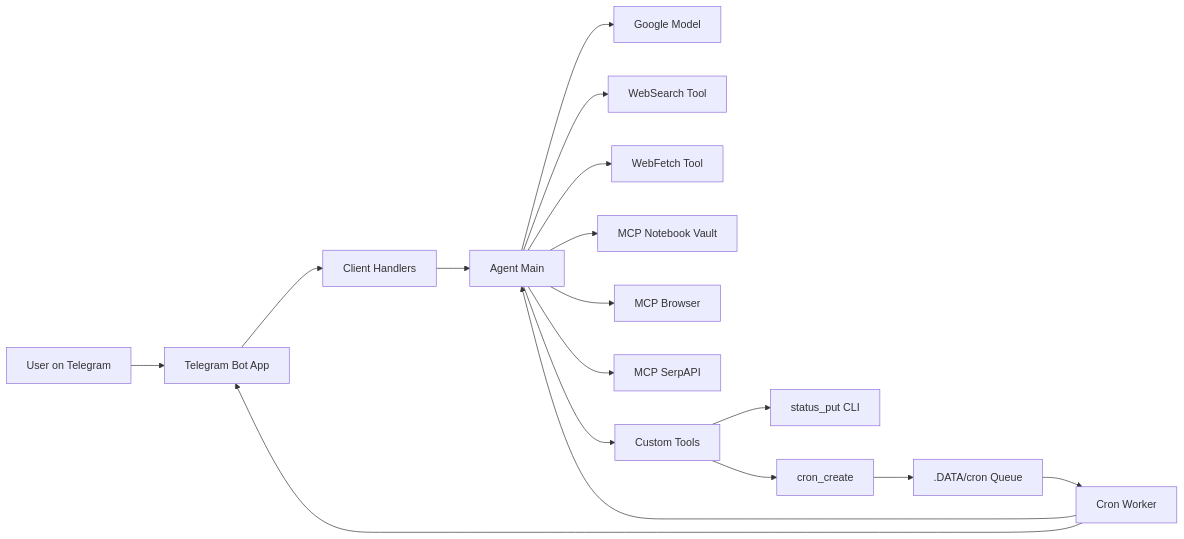
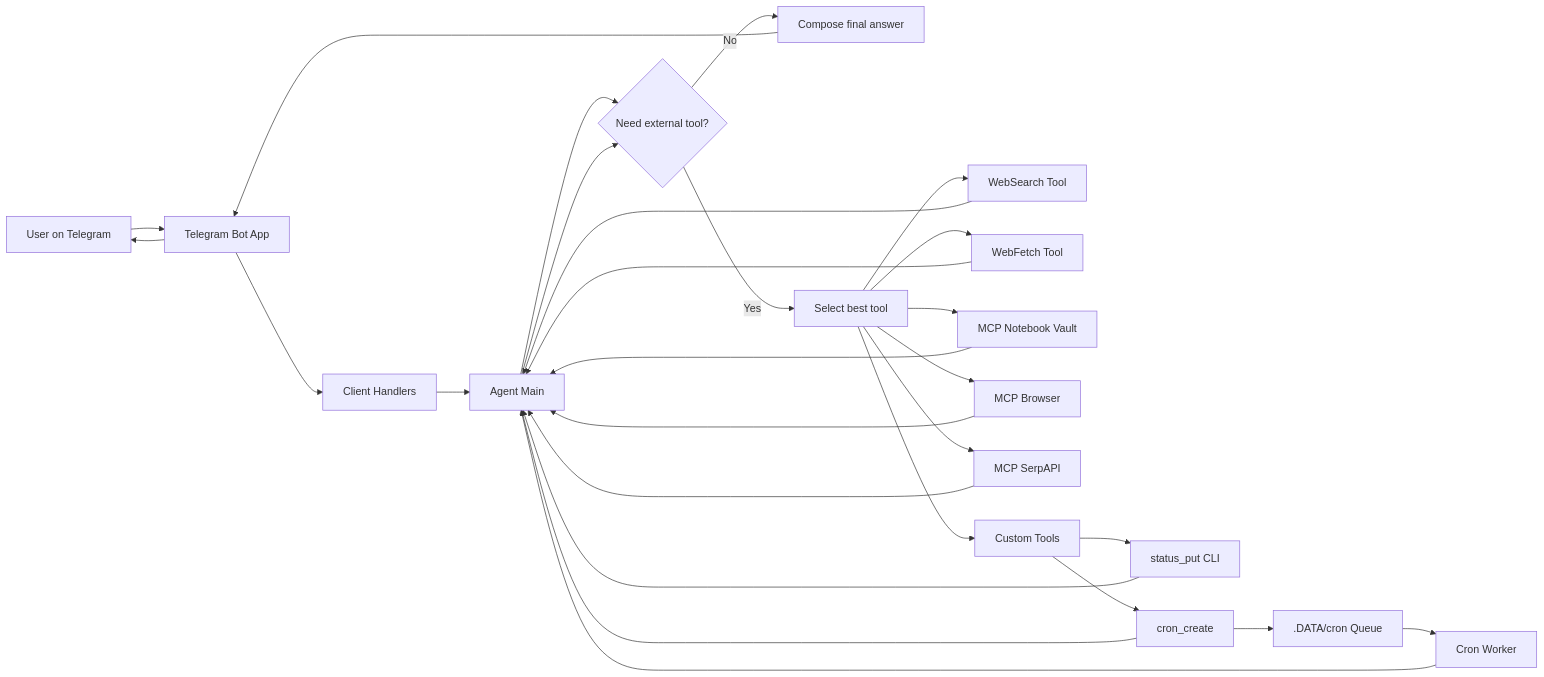
One commit to alaminkouser/website changed the first of 3 diagrams in docs/source/ai-agent/index.md. Above: the diagram before and after it, drawn with Mermaid.

Commit message:
docs: update AI agent architecture diagram to reflect tool selection logic and feedback loops

````diff
--- a/docs/source/ai-agent/index.md
+++ b/docs/source/ai-agent/index.md
@@ -78,19 +78,34 @@
 ```mermaid
 flowchart LR
     U[User on Telegram] --> B[Telegram Bot App]
     B --> H[Client Handlers]
     H --> A[Agent Main]
-    A --> M[Google Model]
-    A --> T1[WebSearch Tool]
-    A --> T2[WebFetch Tool]
-    A --> MCP1[MCP Notebook Vault]
-    A --> MCP2[MCP Browser]
-    A --> MCP3[MCP SerpAPI]
-    A --> CT[Custom Tools]
+    A --> D{Need external tool?}
+
+    D -- No --> R[Compose final answer]
+    D -- Yes --> X[Select best tool]
+
+    X --> T1[WebSearch Tool]
+    X --> T2[WebFetch Tool]
+    X --> MCP1[MCP Notebook Vault]
+    X --> MCP2[MCP Browser]
+    X --> MCP3[MCP SerpAPI]
+    X --> CT[Custom Tools]
+
     CT --> SP[status_put CLI]
     CT --> CR[cron_create]
+    T1 --> A
+    T2 --> A
+    MCP1 --> A
+    MCP2 --> A
+    MCP3 --> A
+    SP --> A
+    CR --> A
+    A --> D
+
     CR --> Q[.DATA/cron Queue]
     Q --> W[Cron Worker]
     W --> A
-    W --> B
+    R --> B
+    B --> U
 ```
````
